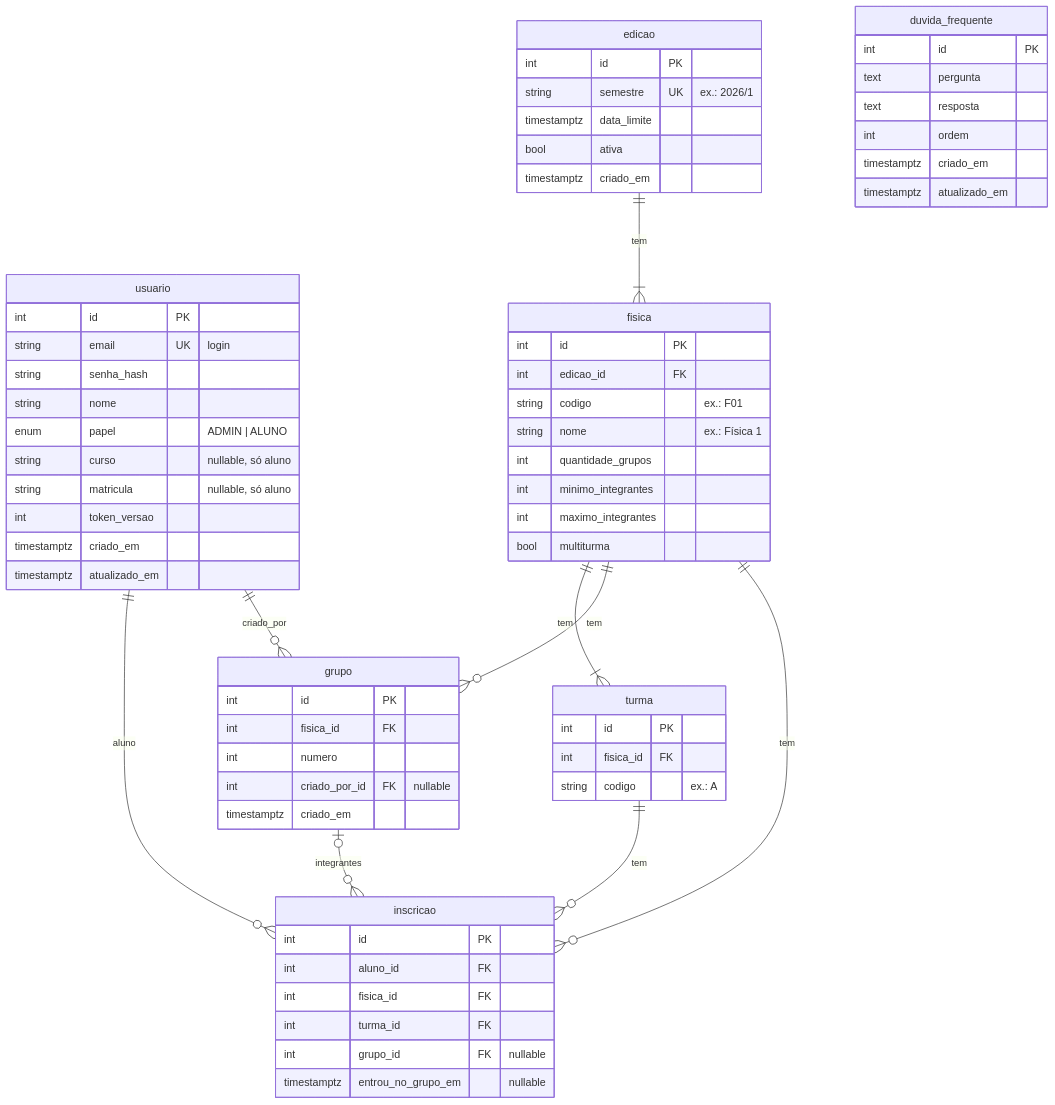
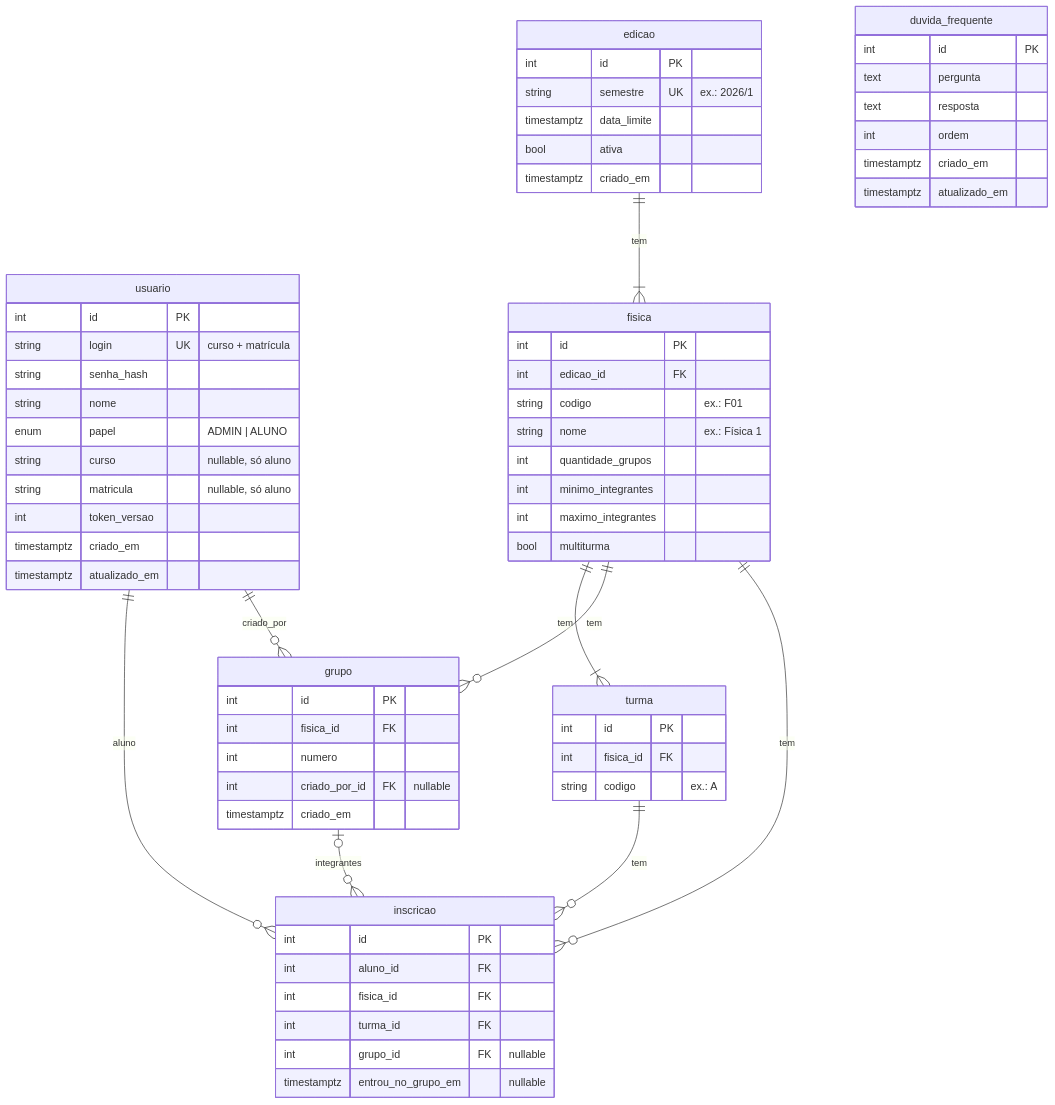
The diagram in docs/modelo-banco.md (cdghubinatel/SefiTeam-Versao-2), drawn with Mermaid before and after one commit. The commit also changed other lines of this file and 5 other files, not shown here.

````diff
--- a/docs/modelo-banco.md
+++ b/docs/modelo-banco.md
@@ -7,69 +7,69 @@
 ```mermaid
 erDiagram
     usuario ||--o{ inscricao : "aluno"
     usuario ||--o{ grupo : "criado_por"
     edicao ||--|{ fisica : "tem"
     fisica ||--|{ turma : "tem"
     fisica ||--o{ grupo : "tem"
     fisica ||--o{ inscricao : "tem"
     turma ||--o{ inscricao : "tem"
     grupo |o--o{ inscricao : "integrantes"
 
     usuario {
         int id PK
-        string email UK "login"
+        string login UK "curso + matrícula"
         string senha_hash
         string nome
         enum papel "ADMIN | ALUNO"
         string curso "nullable, só aluno"
         string matricula "nullable, só aluno"
         int token_versao
         timestamptz criado_em
         timestamptz atualizado_em
     }
     edicao {
         int id PK
         string semestre UK "ex.: 2026/1"
         timestamptz data_limite
         bool ativa
         timestamptz criado_em
     }
     fisica {
         int id PK
         int edicao_id FK
         string codigo "ex.: F01"
         string nome "ex.: Física 1"
         int quantidade_grupos
         int minimo_integrantes
         int maximo_integrantes
         bool multiturma
     }
     turma {
         int id PK
         int fisica_id FK
         string codigo "ex.: A"
     }
     grupo {
         int id PK
         int fisica_id FK
         int numero
         int criado_por_id FK "nullable"
         timestamptz criado_em
     }
     inscricao {
         int id PK
         int aluno_id FK
         int fisica_id FK
         int turma_id FK
         int grupo_id FK "nullable"
         timestamptz entrou_no_grupo_em "nullable"
     }
     duvida_frequente {
         int id PK
         text pergunta
         text resposta
         int ordem
         timestamptz criado_em
         timestamptz atualizado_em
     }
 ```
````
